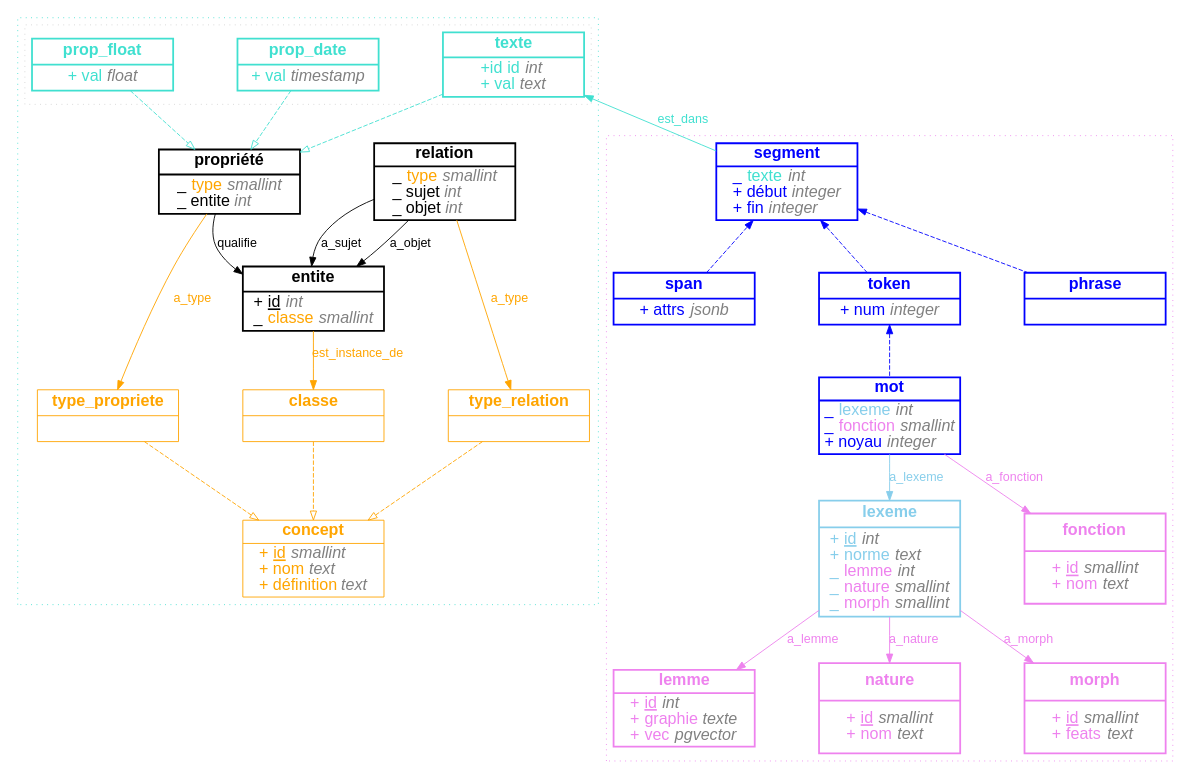
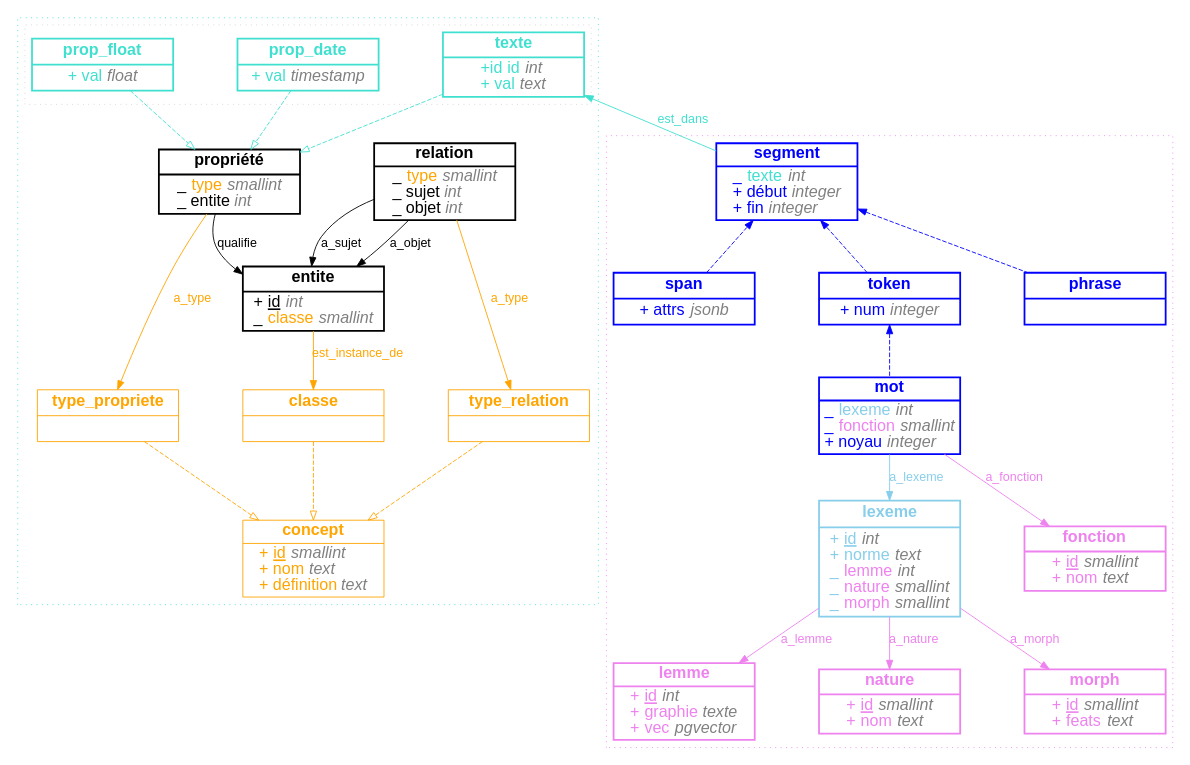
Before and after one commit to thjbdvlt/litteralement: the diagram in img/diagram_records.dot, drawn with Graphviz. The commit also changed 1 other file, not shown here.

```diff
--- a/img/diagram_records.dot
+++ b/img/diagram_records.dot
@@ -335,7 +335,7 @@
             style=bold
             fixedsize=true
             width=2.2
-            height=1.4
+            height=1
             fontname=arial
             fontsize=18
             fontcolor="violet"
@@ -353,7 +353,7 @@
             style=bold
             fixedsize=true
             width=2.2
-            height=1.4
+            height=1
             fontname=arial
             fontsize=18
             fontcolor="violet"
@@ -371,7 +371,7 @@
             style=bold
             fixedsize=true
             width=2.2
-            height=1.4
+            height=1
             fontname=arial
             fontsize=18
             fontcolor="violet"
```
